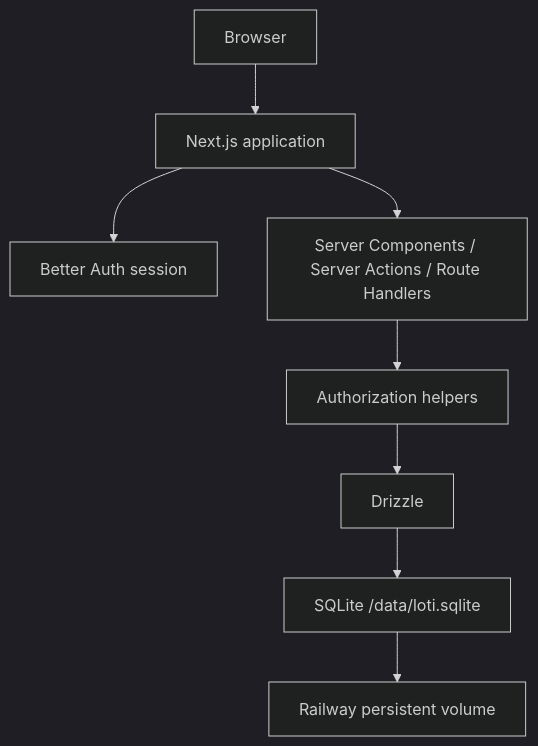
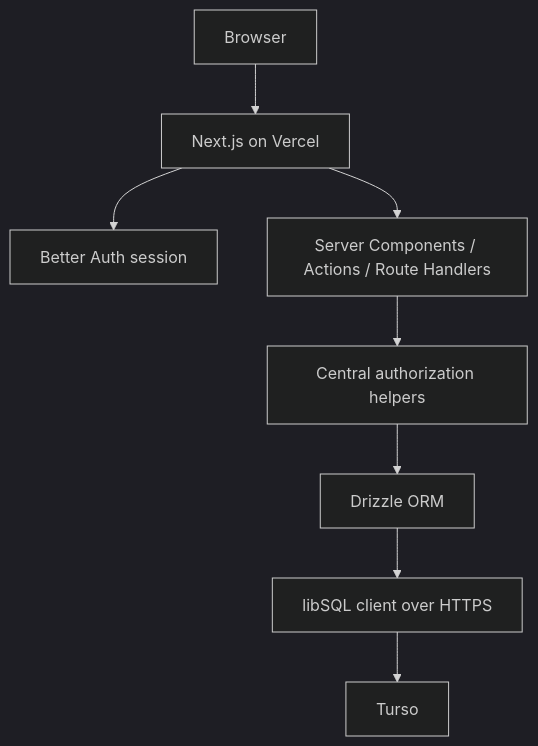
One commit to arantesgabriel/loti changed the diagram in docs/08_TECHNICAL_ARCHITECTURE.md. Above: the diagram before and after it, drawn with Mermaid (dark theme). The commit also changed other lines of this file and 113 other files, not shown here.

Commit message:
feat: migrate Loti to Vercel and Turso libSQL

````diff
--- a/docs/08_TECHNICAL_ARCHITECTURE.md
+++ b/docs/08_TECHNICAL_ARCHITECTURE.md
@@ -22,10 +19,10 @@
 ```mermaid
 flowchart TD
-    B[Browser] --> N[Next.js application]
+    B[Browser] --> N[Next.js on Vercel]
     N --> A[Better Auth session]
-    N --> S[Server Components / Server Actions / Route Handlers]
-    S --> H[Authorization helpers]
-    H --> D[Drizzle]
-    D --> Q[SQLite /data/loti.sqlite]
-    Q --> V[Railway persistent volume]
+    N --> S[Server Components / Actions / Route Handlers]
+    S --> H[Central authorization helpers]
+    H --> D[Drizzle ORM]
+    D --> L[libSQL client over HTTPS]
+    L --> T[Turso]
 ```
````
